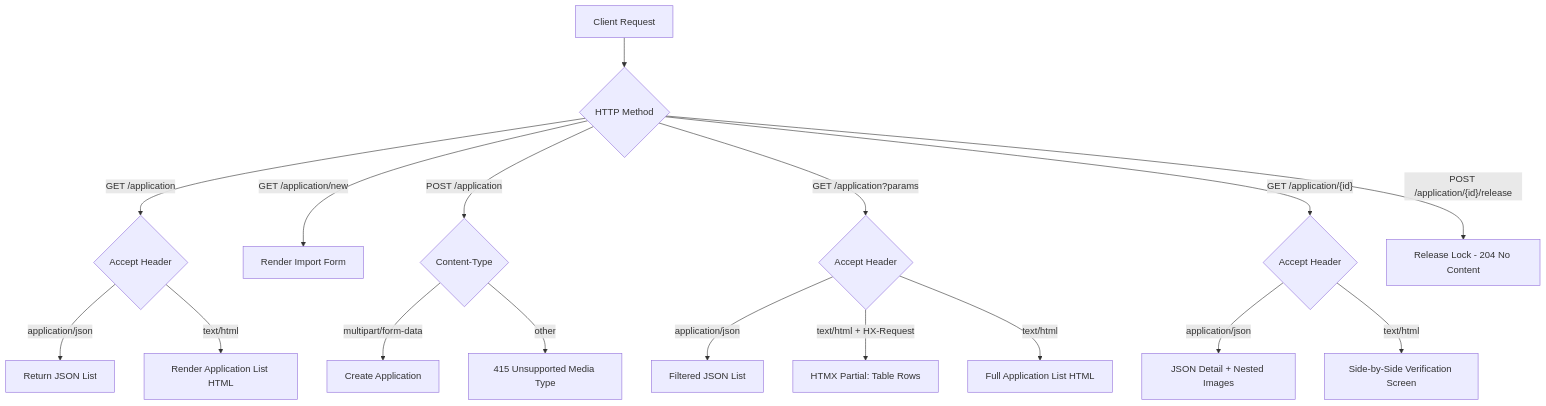
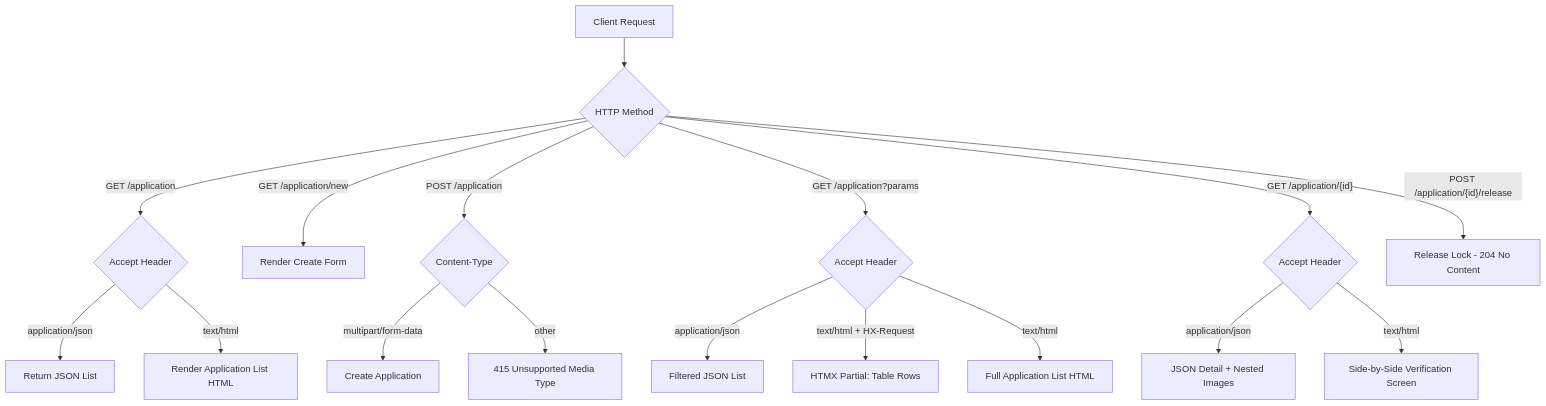
The first of 3 diagrams in docs/designs/02-Route-application.md (rcapozzi/cora), drawn with Mermaid before and after one commit. The commit also changed other lines of this file and 3 other files, not shown here.

````diff
--- a/docs/designs/02-Route-application.md
+++ b/docs/designs/02-Route-application.md
@@ -17,25 +16,25 @@
 ```mermaid
 graph TD
     CLIENT[Client Request] --> A{HTTP Method}
 
     A -->|GET /application| B{Accept Header}
     B -->|application/json| C[Return JSON List]
     B -->|text/html| D[Render Application List HTML]
 
-    A -->|GET /application/new| E[Render Import Form]
+    A -->|GET /application/new| E[Render Create Form]
 
     A -->|POST /application| F{Content-Type}
     F -->|multipart/form-data| G[Create Application]
     F -->|other| H[415 Unsupported Media Type]
 
     A -->|GET /application?params| I{Accept Header}
     I -->|application/json| J[Filtered JSON List]
     I -->|text/html + HX-Request| K[HTMX Partial: Table Rows]
     I -->|text/html| L[Full Application List HTML]
 
     A -->|"GET /application/{id}"| M{"Accept Header"}
     M -->|application/json| N[JSON Detail + Nested Images]
     M -->|text/html| O[Side-by-Side Verification Screen]
 
     A -->|"POST /application/{id}/release"| P[Release Lock - 204 No Content]
 ```
````
